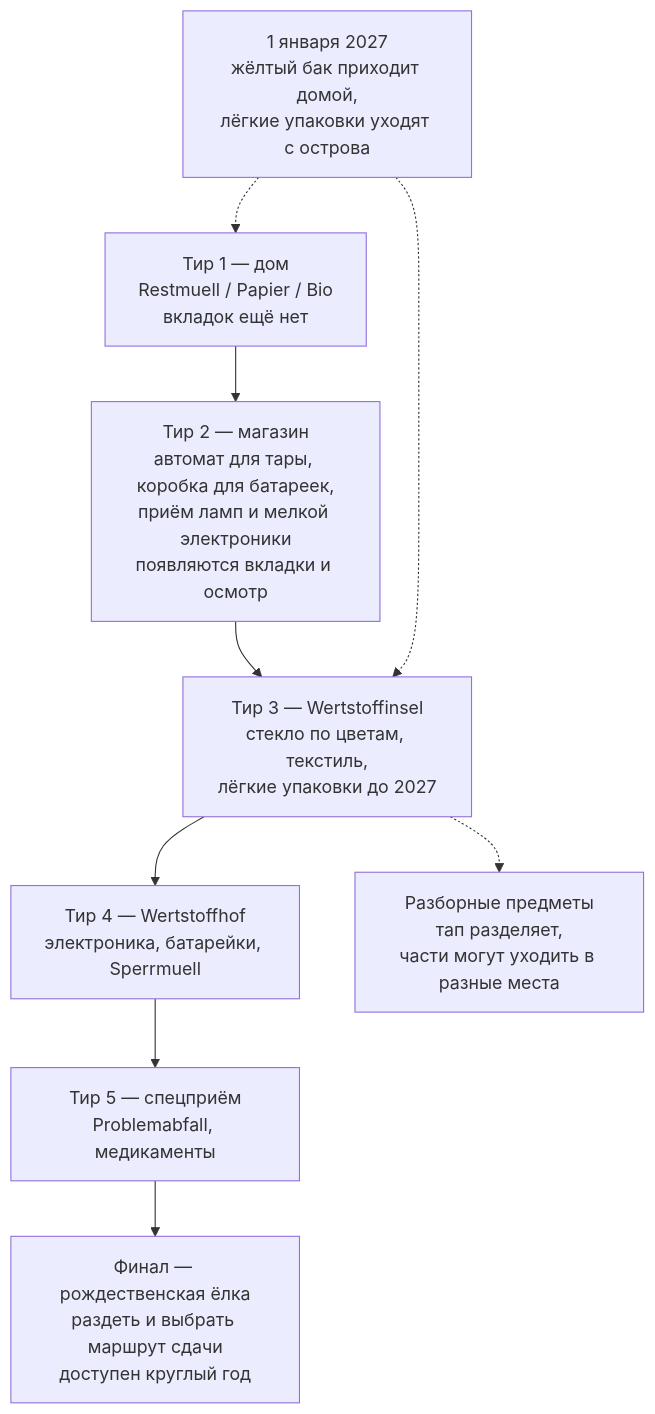
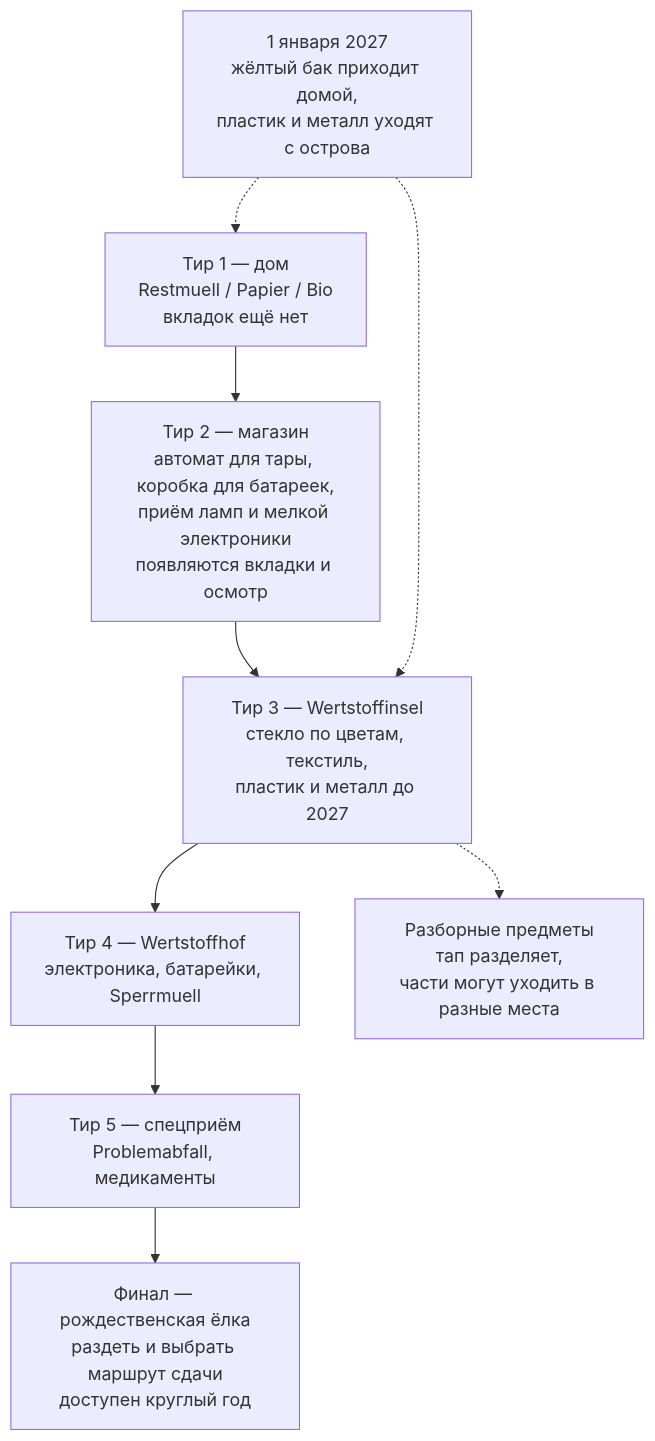
One commit to serhuey/munich-waste-sorting-game changed the first of 2 diagrams in docs/plans/2026-08-10-008-feat-munich-waste-sorting-game-plan.md. Above: the diagram before and after it, drawn with Mermaid. The commit also changed other lines of this file and 4 other files, not shown here.

````diff
--- a/docs/plans/2026-08-10-008-feat-munich-waste-sorting-game-plan.md
+++ b/docs/plans/2026-08-10-008-feat-munich-waste-sorting-game-plan.md
@@ -107,15 +107,15 @@
 ```mermaid
 flowchart TB
   P1["Тир 1 — дом<br/>Restmuell / Papier / Bio<br/>вкладок ещё нет"]
   P2["Тир 2 — магазин<br/>автомат для тары, коробка для батареек,<br/>приём ламп и мелкой электроники<br/>появляются вкладки и осмотр"]
-  P3["Тир 3 — Wertstoffinsel<br/>стекло по цветам, текстиль,<br/>лёгкие упаковки до 2027"]
+  P3["Тир 3 — Wertstoffinsel<br/>стекло по цветам, текстиль,<br/>пластик и металл до 2027"]
   P4["Тир 4 — Wertstoffhof<br/>электроника, батарейки, Sperrmuell"]
   P5["Тир 5 — спецприём<br/>Problemabfall, медикаменты"]
   TREE["Финал — рождественская ёлка<br/>раздеть и выбрать маршрут сдачи<br/>доступен круглый год"]
   P1 --> P2 --> P3 --> P4 --> P5 --> TREE
   SPLIT["Разборные предметы<br/>тап разделяет,<br/>части могут уходить в разные места"]
   P3 -.-> SPLIT
-  SWITCH["1 января 2027<br/>жёлтый бак приходит домой,<br/>лёгкие упаковки уходят с острова"]
+  SWITCH["1 января 2027<br/>жёлтый бак приходит домой,<br/>пластик и металл уходят с острова"]
   SWITCH -.-> P1
   SWITCH -.-> P3
 ```
````
